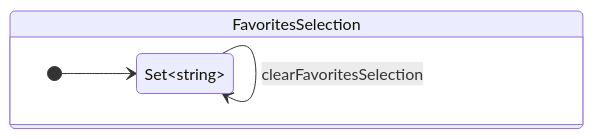
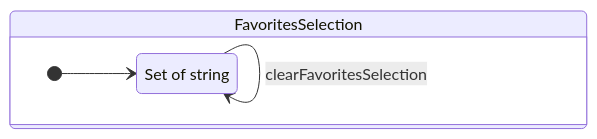
Before and after one commit to grancalavera/reactive-recipes: the second of 3 diagrams in README.md, drawn with Mermaid. The commit also changed other lines of this file, not shown here.

````diff
--- a/README.md
+++ b/README.md
@@ -105,15 +103,15 @@
 ```mermaid
 stateDiagram-v2
 state FavoritesSelection {
   direction LR
-  s: Set#lt;string#gt;
+  s: Set of string
 
   [*] --> s
   s --> s: selectFavorite(favoriteId)
   s --> s: deselectFavorite(favoriteId)
   s --> s: bulkDeselectFavorites(favoriteId[])
   s --> s: selectAllFavorites
   s --> s: deselectAllFavorites
   s --> s: clearFavoritesSelection
 }
 ```
````
